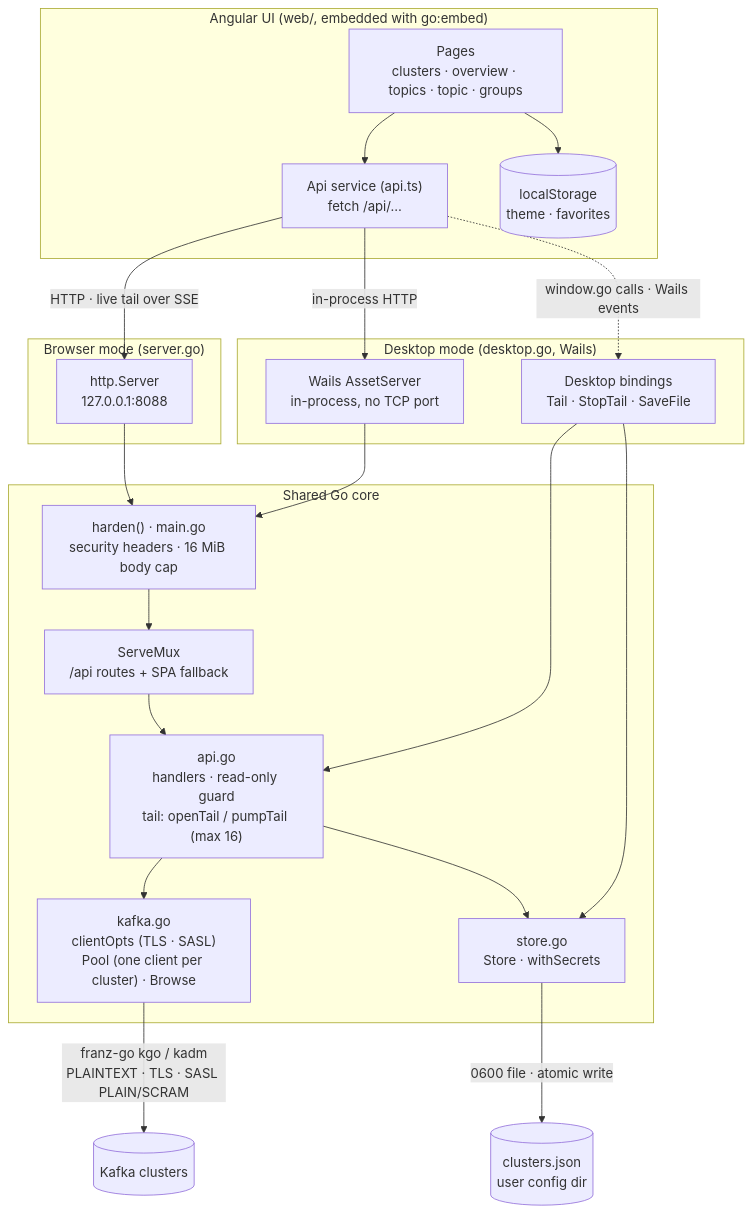
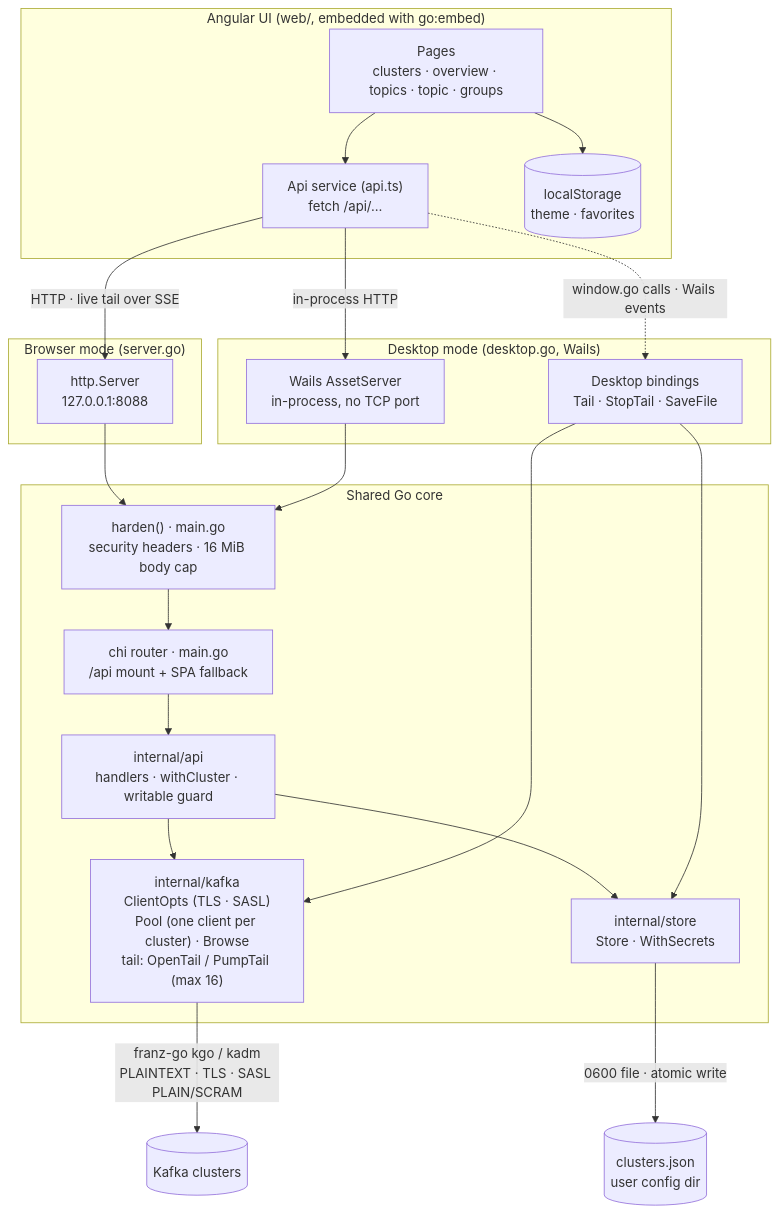
One commit to fededomm/kafkalens changed the first of 3 diagrams in docs/ARCHITECTURE.md. Above: the diagram before and after it, drawn with Mermaid. The commit also changed other lines of this file and 31 other files, not shown here.

````diff
--- a/docs/ARCHITECTURE.md
+++ b/docs/ARCHITECTURE.md
@@ -9,42 +9,42 @@
 ```mermaid
 flowchart TB
     subgraph UI["Angular UI (web/, embedded with go:embed)"]
         pages["Pages<br/>clusters · overview · topics · topic · groups"]
         apisvc["Api service (api.ts)<br/>fetch /api/…"]
         ls[("localStorage<br/>theme · favorites")]
         pages --> apisvc
         pages --> ls
     end
 
     subgraph browser["Browser mode (server.go)"]
         httpsrv["http.Server<br/>127.0.0.1:8088"]
     end
 
     subgraph desktop["Desktop mode (desktop.go, Wails)"]
         assets["Wails AssetServer<br/>in-process, no TCP port"]
         bridge["Desktop bindings<br/>Tail · StopTail · SaveFile"]
     end
 
     apisvc -->|"HTTP · live tail over SSE"| httpsrv
     apisvc -->|"in-process HTTP"| assets
     apisvc -.->|"window.go calls · Wails events"| bridge
 
     subgraph core["Shared Go core"]
         harden["harden() · main.go<br/>security headers · 16 MiB body cap"]
-        mux["ServeMux<br/>/api routes + SPA fallback"]
-        routes["api.go<br/>handlers · read-only guard<br/>tail: openTail / pumpTail (max 16)"]
-        kafka["kafka.go<br/>clientOpts (TLS · SASL)<br/>Pool (one client per cluster) · Browse"]
-        store["store.go<br/>Store · withSecrets"]
+        mux["chi router · main.go<br/>/api mount + SPA fallback"]
+        routes["internal/api<br/>handlers · withCluster · writable guard"]
+        kafka["internal/kafka<br/>ClientOpts (TLS · SASL)<br/>Pool (one client per cluster) · Browse<br/>tail: OpenTail / PumpTail (max 16)"]
+        store["internal/store<br/>Store · WithSecrets"]
     end
 
     httpsrv --> harden
     assets --> harden
     harden --> mux --> routes
     routes --> kafka
     routes --> store
-    bridge --> routes
+    bridge --> kafka
     bridge --> store
 
     kafka -->|"franz-go kgo / kadm<br/>PLAINTEXT · TLS · SASL PLAIN/SCRAM"| clusters[("Kafka clusters")]
     store -->|"0600 file · atomic write"| file[("clusters.json<br/>user config dir")]
 ```
````
